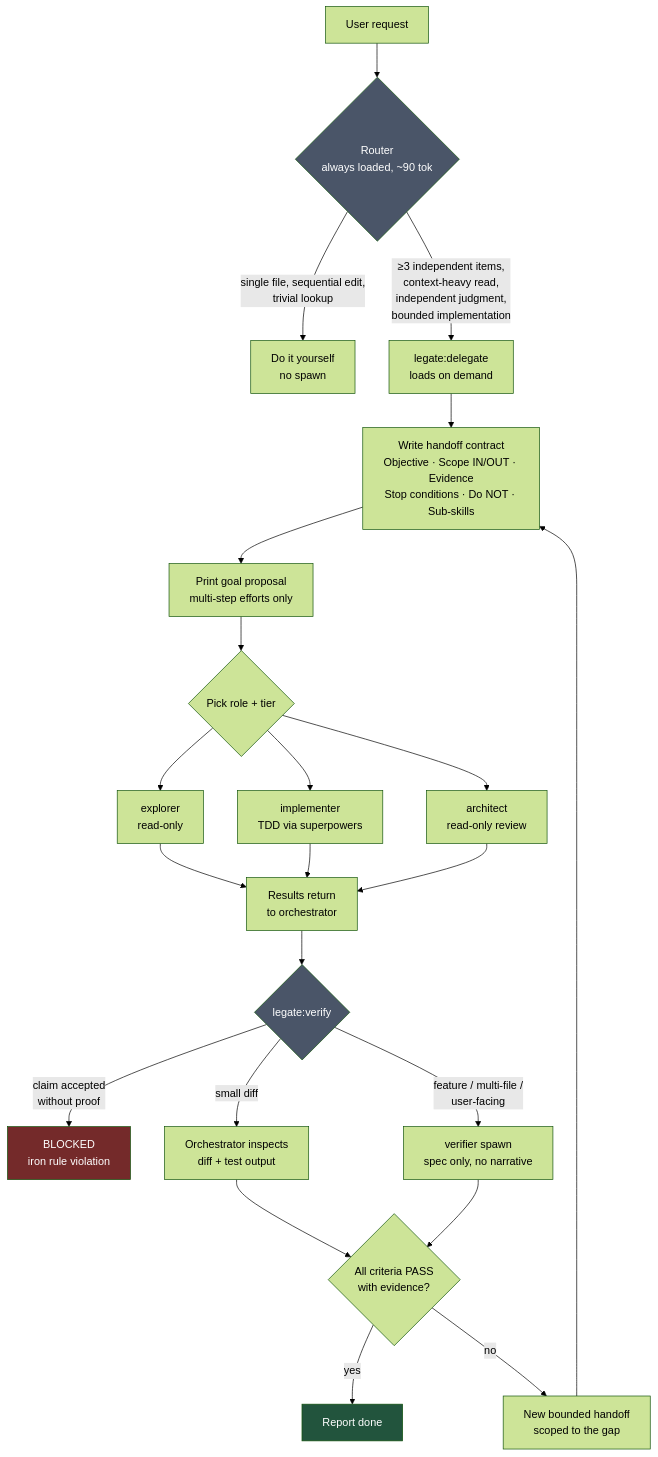
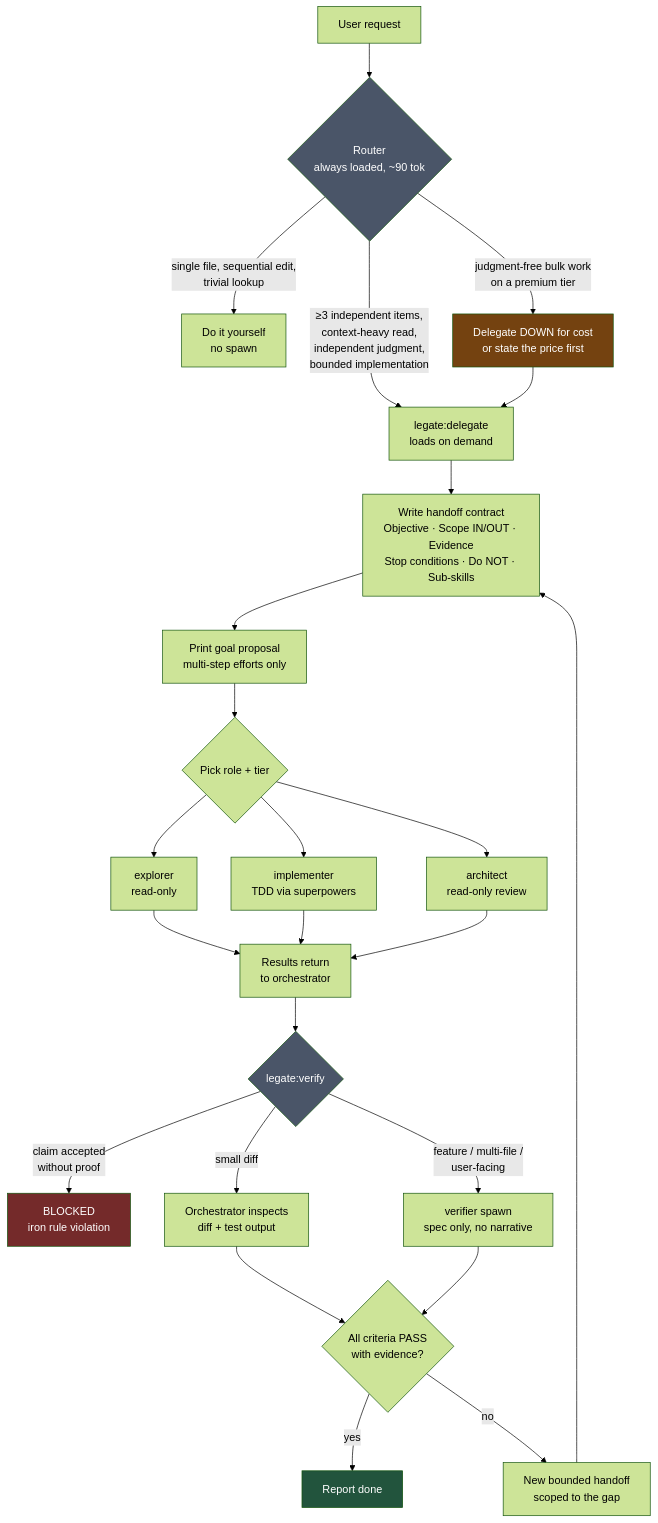
One commit to wojciech-arch/legate changed the first of 3 diagrams in README.md. Above: the diagram before and after it, drawn with Mermaid (forest theme). The commit also changed other lines of this file and 6 other files, not shown here.

First line of the commit message:
feat(router): add cost gate for judgment-free bulk work

````diff
--- a/README.md
+++ b/README.md
@@ -29,35 +30,38 @@
 ```mermaid
 flowchart TD
     A[User request] --> R{Router<br/>always loaded, ~90 tok}
 
     R -->|"single file, sequential edit,<br/>trivial lookup"| SELF[Do it yourself<br/>no spawn]
     R -->|"≥3 independent items,<br/>context-heavy read,<br/>independent judgment,<br/>bounded implementation"| D[legate:delegate<br/>loads on demand]
+    R -->|"judgment-free bulk work<br/>on a premium tier"| COST[Delegate DOWN for cost<br/>or state the price first]
+    COST --> D
 
     D --> C[Write handoff contract<br/>Objective · Scope IN/OUT · Evidence<br/>Stop conditions · Do NOT · Sub-skills]
     C --> G["Print goal proposal<br/>multi-step efforts only"]
     G --> ROLE{Pick role + tier}
 
     ROLE --> EX[explorer<br/>read-only]
     ROLE --> IM[implementer<br/>TDD via superpowers]
     ROLE --> AR[architect<br/>read-only review]
 
     EX --> RES[Results return<br/>to orchestrator]
     IM --> RES
     AR --> RES
 
     RES --> V{legate:verify}
     V -->|"claim accepted<br/>without proof"| STOP[BLOCKED<br/>iron rule violation]
     V -->|"small diff"| INSP[Orchestrator inspects<br/>diff + test output]
     V -->|"feature / multi-file /<br/>user-facing"| VER[verifier spawn<br/>spec only, no narrative]
 
     INSP --> OUT{All criteria PASS<br/>with evidence?}
     VER --> OUT
     OUT -->|yes| DONE[Report done]
     OUT -->|no| NEW[New bounded handoff<br/>scoped to the gap]
     NEW --> C
 
     style R fill:#4a5568,color:#fff
     style V fill:#4a5568,color:#fff
+    style COST fill:#744210,color:#fff
     style STOP fill:#742a2a,color:#fff
     style DONE fill:#22543d,color:#fff
 ```
````
